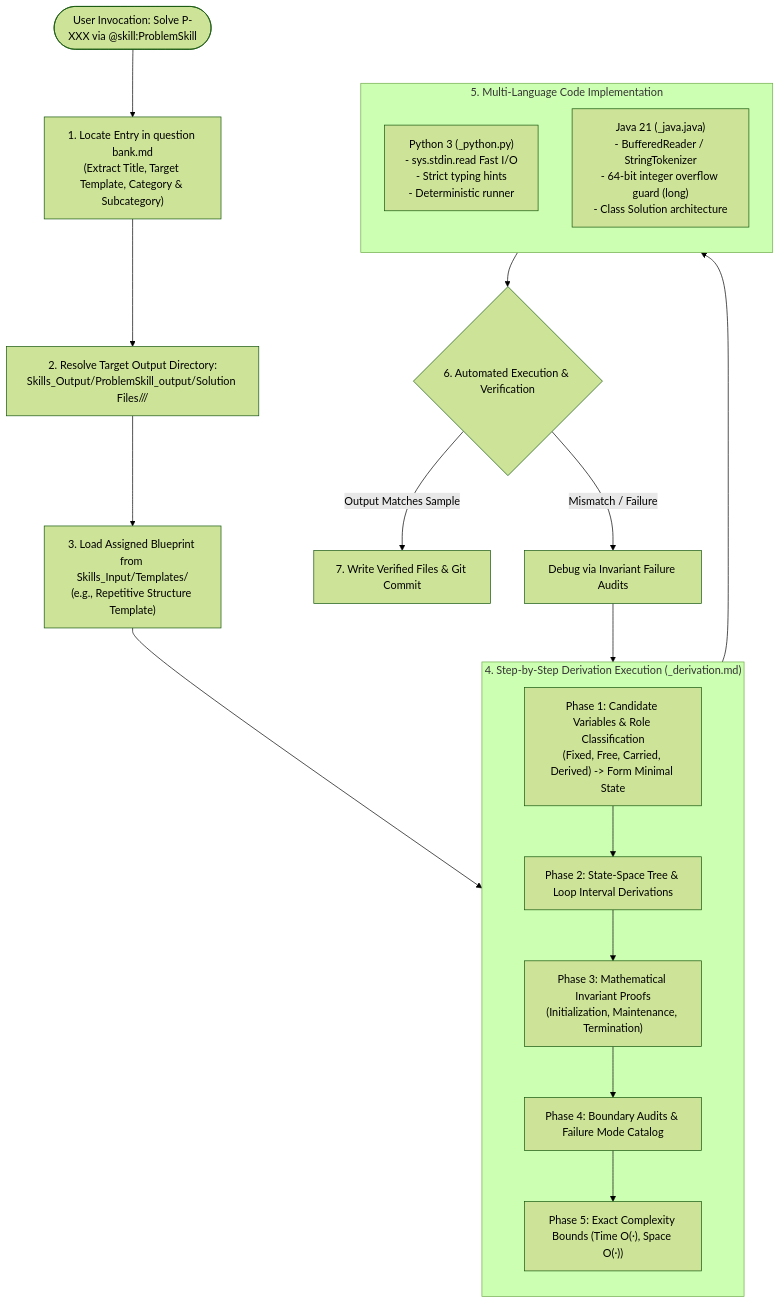
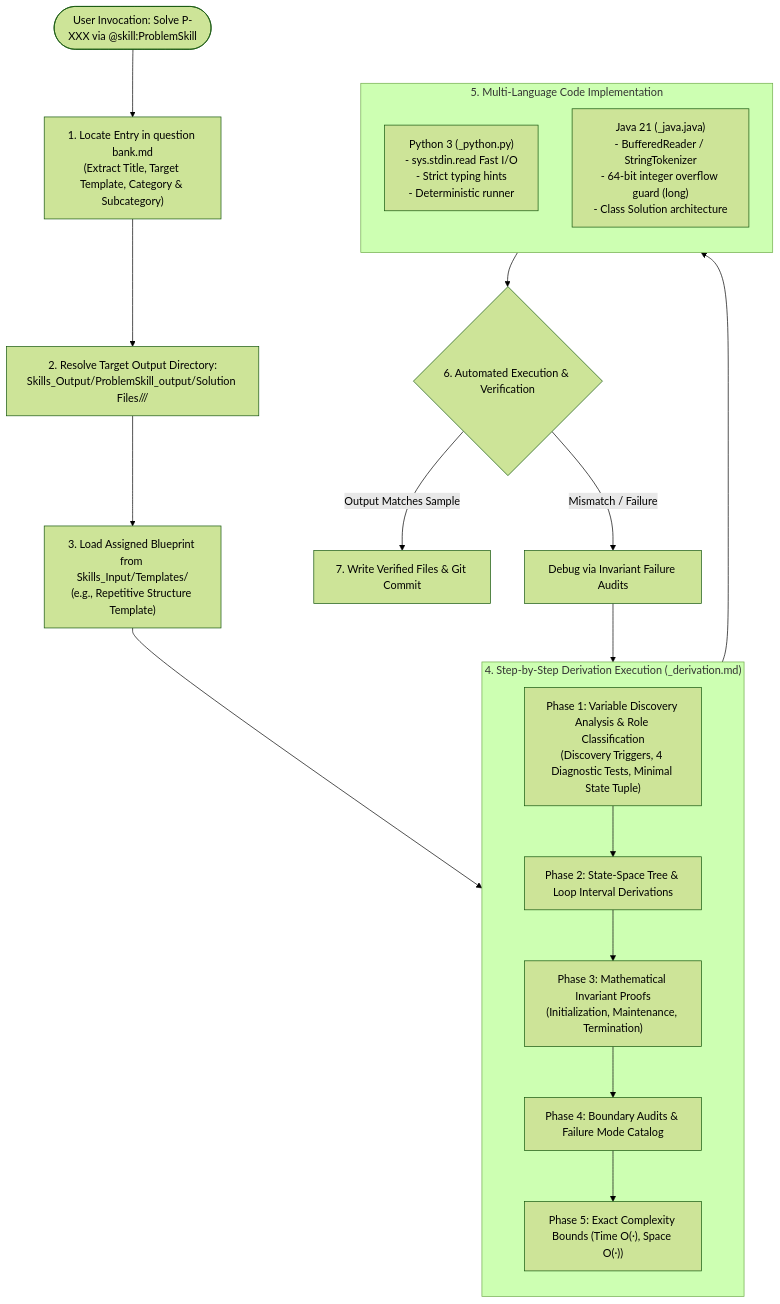
One commit to AkmKawser/Science_Of_Coding changed the diagram in .agent/skills/SkillsOnDynamicResources/ProblemSkill/SkillArchitecture/SOLUTION_ARCHITECTURE.md. Above: the diagram before and after it, drawn with Mermaid (forest theme). The commit also changed 5 other files, not shown here.

Commit message:
Require and implement Variable Discovery Analysis across solution specs and P-1..P-3 derivations

````diff
--- a/.agent/skills/SkillsOnDynamicResources/ProblemSkill/SkillArchitecture/SOLUTION_ARCHITECTURE.md
+++ b/.agent/skills/SkillsOnDynamicResources/ProblemSkill/SkillArchitecture/SOLUTION_ARCHITECTURE.md
@@ -37,33 +37,33 @@
 ```mermaid
 flowchart TD
     UserReq(["User Invocation: Solve P-XXX via @skill:ProblemSkill"]) --> Locate["1. Locate Entry in question bank.md<br/>(Extract Title, Target Template, Category & Subcategory)"]
     
     Locate --> ResolvePath["2. Resolve Target Output Directory:<br/>Skills_Output/ProblemSkill_output/Solution Files/<Category>/<Subcategory>/"]
     
     ResolvePath --> ReadTemplate["3. Load Assigned Blueprint from Skills_Input/Templates/<br/>(e.g., Repetitive Structure Template)"]
     
     subgraph DerivationPhase["4. Step-by-Step Derivation Execution (<ID>_derivation.md)"]
         direction TB
-        P1["Phase 1: Candidate Variables & Role Classification<br/>(Fixed, Free, Carried, Derived) -> Form Minimal State"]
+        P1["Phase 1: Variable Discovery Analysis & Role Classification<br/>(Discovery Triggers, 4 Diagnostic Tests, Minimal State Tuple)"]
         P2["Phase 2: State-Space Tree & Loop Interval Derivations"]
         P3["Phase 3: Mathematical Invariant Proofs<br/>(Initialization, Maintenance, Termination)"]
         P4["Phase 4: Boundary Audits & Failure Mode Catalog"]
         P5["Phase 5: Exact Complexity Bounds (Time O(·), Space O(·))"]
         P1 --> P2 --> P3 --> P4 --> P5
     end
     
     ReadTemplate --> DerivationPhase
     
     subgraph CodeGeneration["5. Multi-Language Code Implementation"]
         direction TB
         PyGen["Python 3 (<ID>_python.py)<br/>- sys.stdin.read Fast I/O<br/>- Strict typing hints<br/>- Deterministic runner"]
         JavaGen["Java 21 (<ID>_java.java)<br/>- BufferedReader / StringTokenizer<br/>- 64-bit integer overflow guard (long)<br/>- Class Solution architecture"]
     end
     
     DerivationPhase --> CodeGeneration
     
     CodeGeneration --> Verification{"6. Automated Execution & Verification"}
     Verification -->|Output Matches Sample| Commit["7. Write Verified Files & Git Commit"]
     Verification -->|Mismatch / Failure| Debug["Debug via Invariant Failure Audits"]
     Debug --> DerivationPhase
 ```
````
